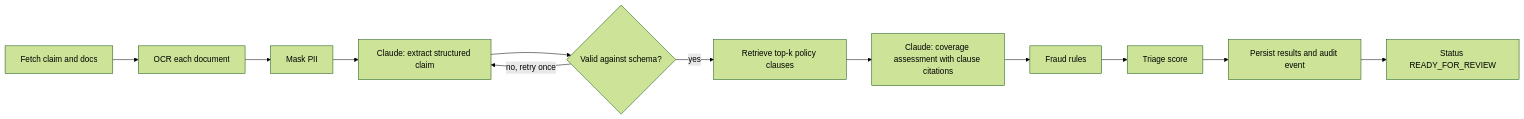
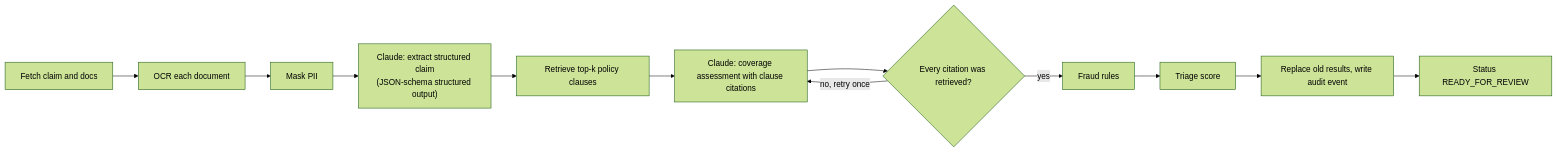
One commit to ABHI-742/claimlens changed the third of 5 diagrams in docs/architecture.md. Above: the diagram before and after it, drawn with Mermaid (forest theme). The commit also changed other lines of this file and 5 other files, not shown here.

First line of the commit message:
Bring architecture docs up to date with the code

````diff
--- a/docs/architecture.md
+++ b/docs/architecture.md
@@ -52,14 +82,14 @@
 ```mermaid
 flowchart LR
     A[Fetch claim and docs] --> B[OCR each document]
     B --> C[Mask PII]
-    C --> D[Claude: extract structured claim]
-    D --> E{Valid against schema?}
-    E -- no, retry once --> D
-    E -- yes --> F[Retrieve top-k policy clauses]
+    C --> D["Claude: extract structured claim<br/>(JSON-schema structured output)"]
+    D --> F[Retrieve top-k policy clauses]
     F --> G[Claude: coverage assessment with clause citations]
-    G --> H[Fraud rules]
+    G --> V{Every citation was retrieved?}
+    V -- no, retry once --> G
+    V -- yes --> H[Fraud rules]
     H --> I[Triage score]
-    I --> J[Persist results and audit event]
+    I --> J[Replace old results, write audit event]
     J --> K[Status READY_FOR_REVIEW]
 ```
````
